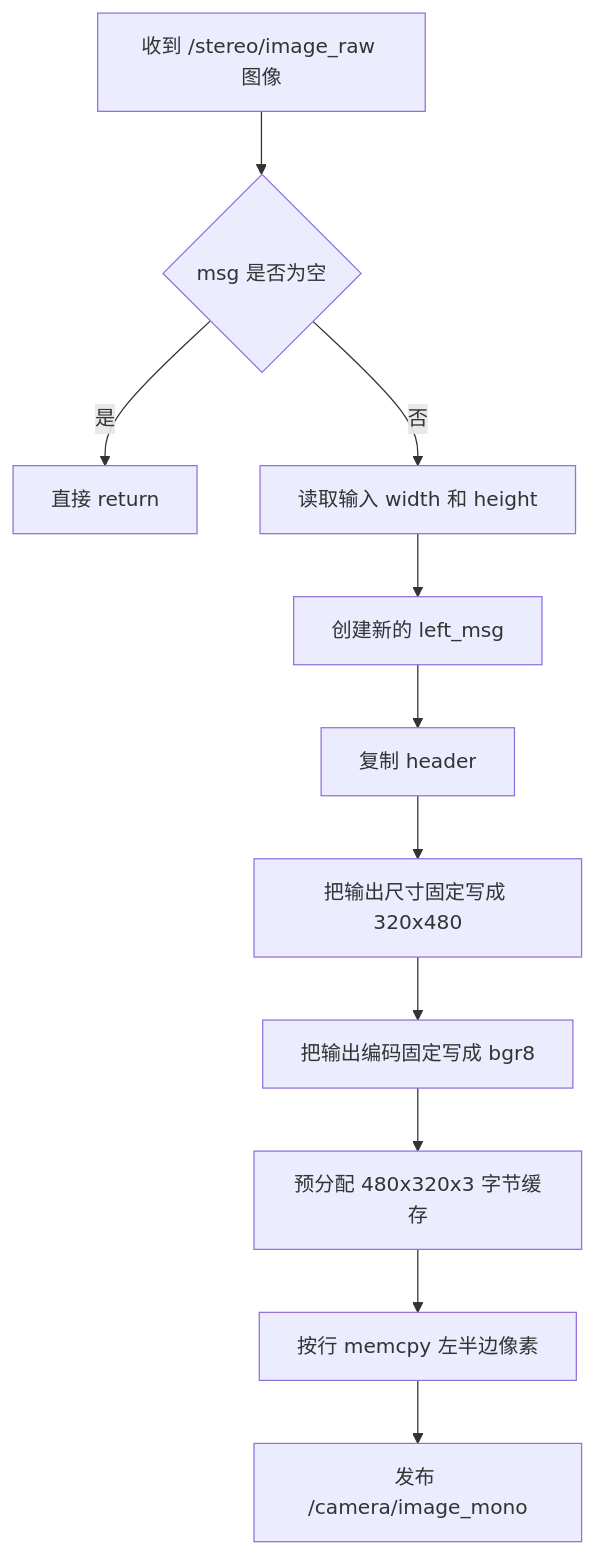
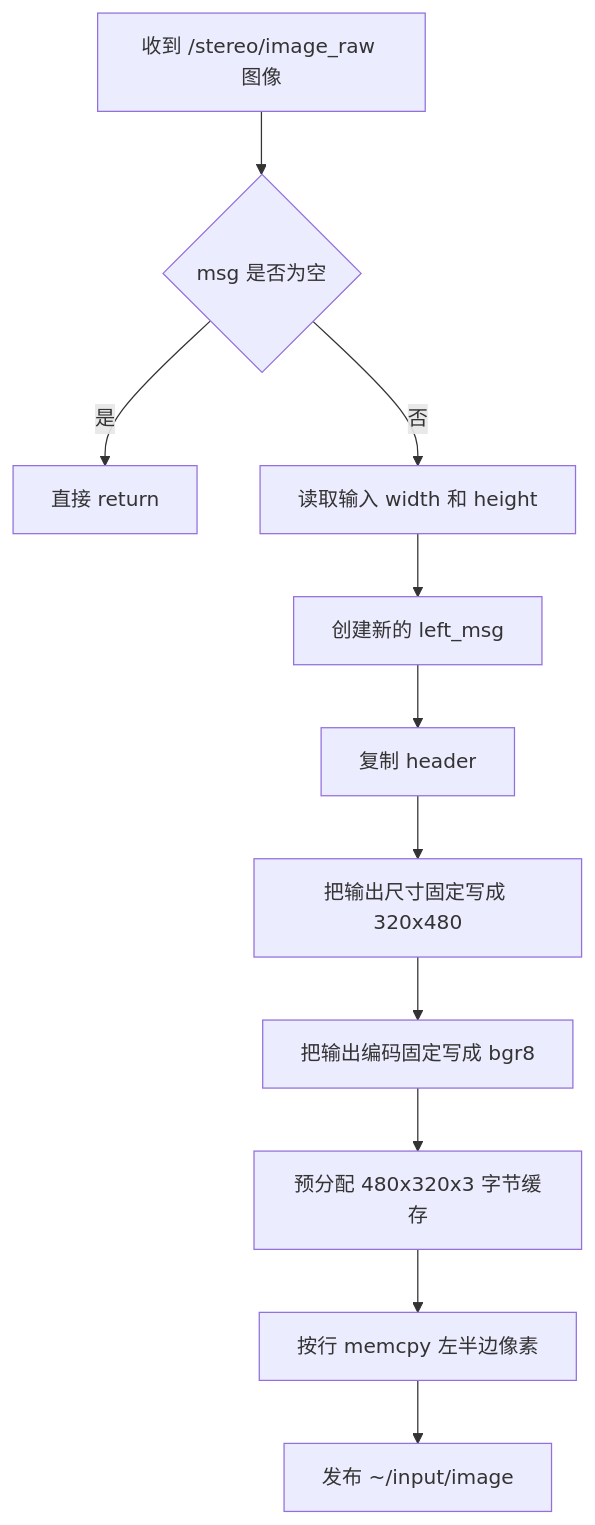
One commit to PT233/dog_dev changed the second of 2 diagrams in docs/stereo_splitter/stereo_splitter-node-code.md. Above: the diagram before and after it, drawn with Mermaid. The commit also changed other lines of this file and 322 other files, not shown here.

````diff
--- a/docs/stereo_splitter/stereo_splitter-node-code.md
+++ b/docs/stereo_splitter/stereo_splitter-node-code.md
@@ -193,13 +193,13 @@
 ```mermaid
 flowchart TD
   A[收到 /stereo/image_raw 图像] --> B{msg 是否为空}
   B -->|是| C[直接 return]
   B -->|否| D[读取输入 width 和 height]
   D --> E[创建新的 left_msg]
   E --> F[复制 header]
   F --> G[把输出尺寸固定写成 320x480]
   G --> H[把输出编码固定写成 bgr8]
   H --> I[预分配 480x320x3 字节缓存]
   I --> J[按行 memcpy 左半边像素]
-  J --> K[发布 /camera/image_mono]
+  J --> K[发布 ~/input/image]
 ```
````
